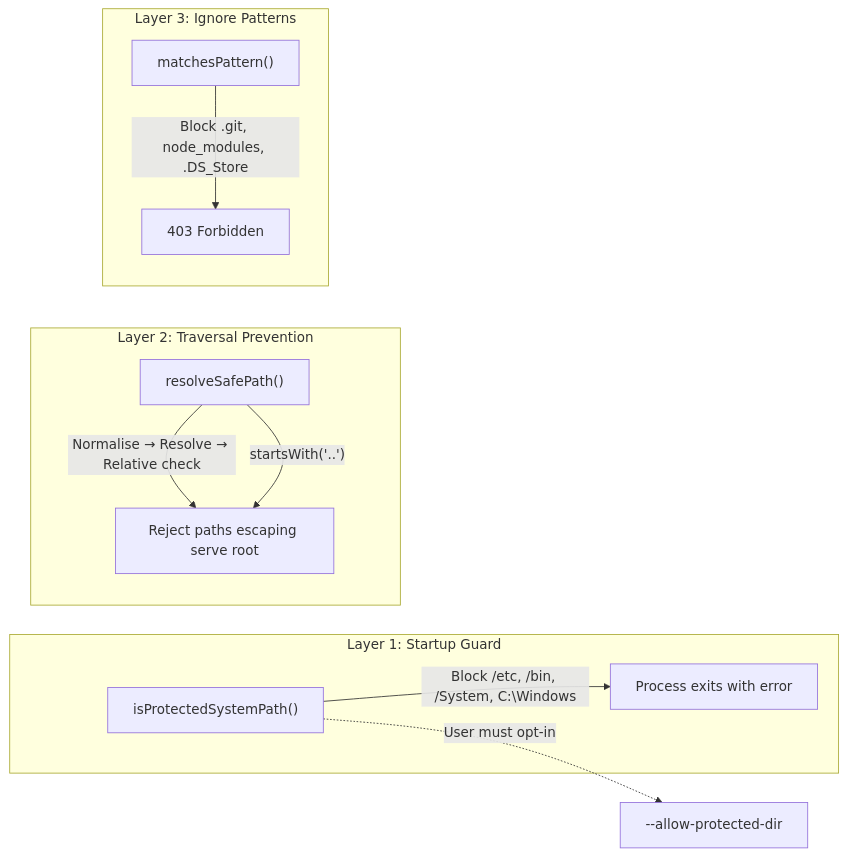
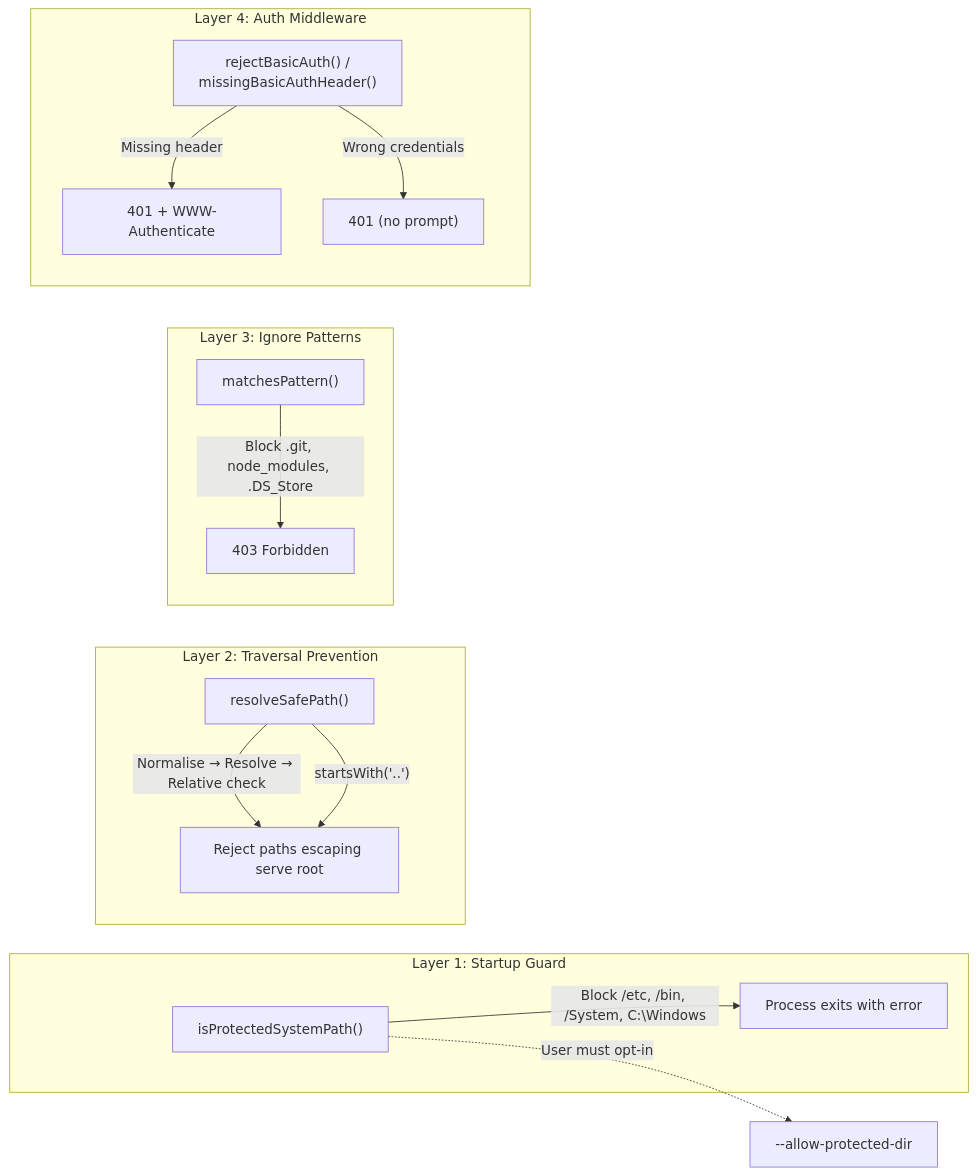
Before and after one commit to MetalbolicX/httpath: the sixth of 7 diagrams in docs/architecture.md, drawn with Mermaid. The commit also changed other lines of this file and 11 other files, not shown here.

First line of the commit message:
docs: update README and architecture docs for Basic Auth

````diff
--- a/docs/architecture.md
+++ b/docs/architecture.md
@@ -278,17 +289,22 @@
 ```mermaid
 flowchart LR
     subgraph "Layer 1: Startup Guard"
         A["isProtectedSystemPath()"] -->|Block /etc, /bin, /System, C:\Windows| B[Process exits with error]
     end
 
     subgraph "Layer 2: Traversal Prevention"
         C["resolveSafePath()"] -->|Normalise → Resolve → Relative check| D["Reject paths escaping serve root"]
     end
 
     subgraph "Layer 3: Ignore Patterns"
         E["matchesPattern()"] -->|Block .git, node_modules, .DS_Store| F["403 Forbidden"]
     end
 
+    subgraph "Layer 4: Auth Middleware"
+        H["rejectBasicAuth() /<br>missingBasicAuthHeader()"] -->|"Missing header"| I["401 + WWW-Authenticate"]
+        H -->|"Wrong credentials"| J["401 (no prompt)"]
+    end
+
     A -.->|User must opt-in| G["--allow-protected-dir"]
     C -->|"startsWith('..')"| D
 ```
````
